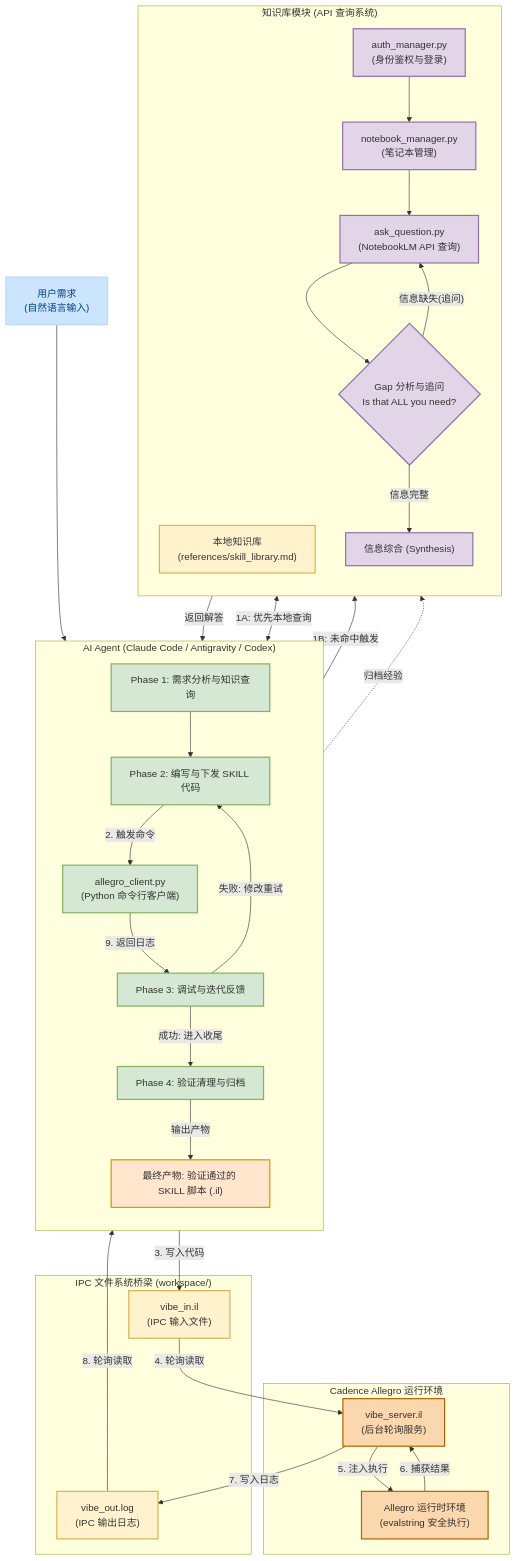
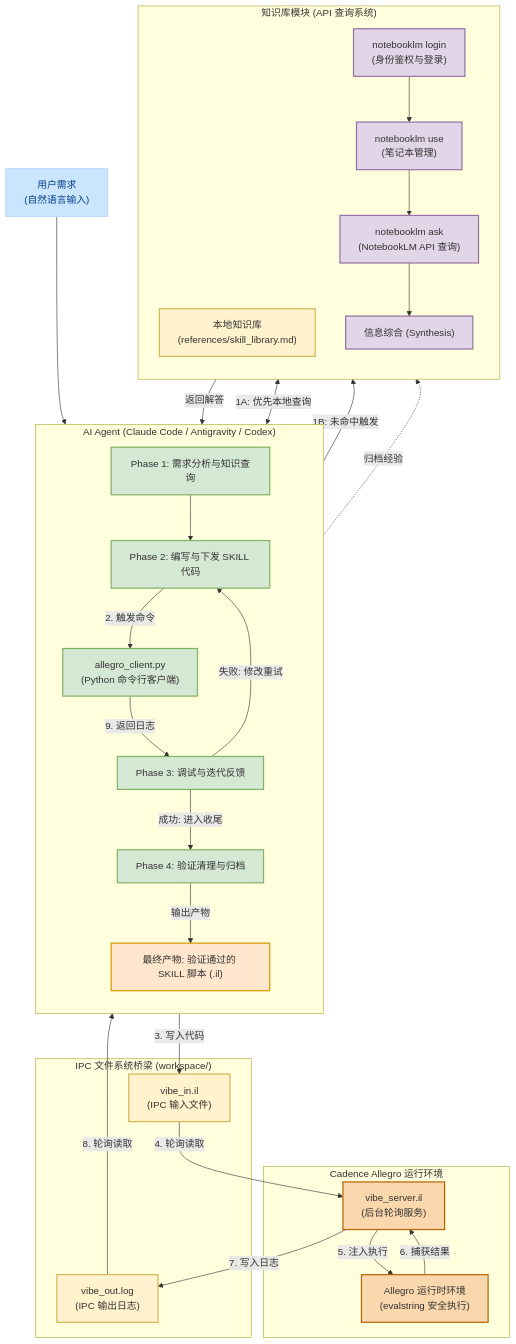
Before and after one commit to DayAlex1/allegro-vibe-bridge: the diagram in README_zh.md, drawn with Mermaid. The commit also changed other lines of this file and 5 other files, not shown here.

Commit message:
chore: migrate tech stack to notebooklm-py and update architecture diagrams

````diff
--- a/README_zh.md
+++ b/README_zh.md
@@ -40,66 +40,63 @@
 ```mermaid
 flowchart TD
     classDef req fill:#cce5ff,stroke:#b8daff,stroke-width:2px,color:#004085;
     classDef phase fill:#d5e8d4,stroke:#82b366,stroke-width:2px,color:#333333;
     classDef nlm fill:#e1d5e7,stroke:#9673a6,stroke-width:2px,color:#333333;
     classDef ipc fill:#fff2cc,stroke:#d6b656,stroke-width:2px,color:#333333;
     classDef allegro fill:#fad7ac,stroke:#b46504,stroke-width:2px,color:#333333;
     classDef output fill:#ffe6cc,stroke:#d79b00,stroke-width:2px,color:#333333;
 
     USER["用户需求<br>(自然语言输入)"]:::req
 
     subgraph AgentSystem["AI Agent (Claude Code / Antigravity / Codex)"]
         direction TD
         Phase1["Phase 1: 需求分析与知识查询"]:::phase
         Phase2["Phase 2: 编写与下发 SKILL 代码"]:::phase
         Client["allegro_client.py<br>(Python 命令行客户端)"]:::phase
         Phase3["Phase 3: 调试与迭代反馈"]:::phase
         Phase4["Phase 4: 验证清理与归档"]:::phase
         Output["最终产物: 验证通过的 SKILL 脚本 (.il)"]:::output
     end
 
     subgraph KnowledgeSystem["知识库模块 (API 查询系统)"]
         direction TD
         LocalDB["本地知识库<br>(references/skill_library.md)"]:::ipc
-        NLM_Auth["auth_manager.py<br>(身份鉴权与登录)"]:::nlm
-        NLM_NB["notebook_manager.py<br>(笔记本管理)"]:::nlm
-        NLM_Ask["ask_question.py<br>(NotebookLM API 查询)"]:::nlm
-        NLM_Gap{"Gap 分析与追问<br>Is that ALL you need?"}:::nlm
+        NLM_Auth["notebooklm login<br>(身份鉴权与登录)"]:::nlm
+        NLM_NB["notebooklm use<br>(笔记本管理)"]:::nlm
+        NLM_Ask["notebooklm ask<br>(NotebookLM API 查询)"]:::nlm
         NLM_Syn["信息综合 (Synthesis)"]:::nlm
     end
 
     subgraph IPCBridge["IPC 文件系统桥梁 (workspace/)"]
         VibeIn["vibe_in.il<br>(IPC 输入文件)"]:::ipc
         VibeOut["vibe_out.log<br>(IPC 输出日志)"]:::ipc
     end
 
     subgraph CadenceAllegro["Cadence Allegro 运行环境"]
         VibeServer["vibe_server.il<br>(后台轮询服务)"]:::allegro
         AllegroEval["Allegro 运行时环境<br>(evalstring 安全执行)"]:::allegro
     end
 
     %% Flow Connections
     USER --> Phase1
     Phase1 <-->|"1A: 优先本地查询"| LocalDB
     Phase1 -->|"1B: 未命中触发"| NLM_Auth
     
-    NLM_Auth --> NLM_NB --> NLM_Ask --> NLM_Gap
-    NLM_Gap -->|"信息缺失(追问)"| NLM_Ask
-    NLM_Gap -->|"信息完整"| NLM_Syn
+    NLM_Auth --> NLM_NB --> NLM_Ask --> NLM_Syn
     NLM_Syn -->|"返回解答"| Phase1
 
     Phase1 --> Phase2
     Phase2 -->|"2. 触发命令"| Client
     Client -->|"3. 写入代码"| VibeIn
     VibeIn -->|"4. 轮询读取"| VibeServer
     VibeServer -->|"5. 注入执行"| AllegroEval
     AllegroEval -->|"6. 捕获结果"| VibeServer
     VibeServer -->|"7. 写入日志"| VibeOut
     VibeOut -->|"8. 轮询读取"| Client
     Client -->|"9. 返回日志"| Phase3
 
     Phase3 -->|"失败: 修改重试"| Phase2
     Phase3 -->|"成功: 进入收尾"| Phase4
     Phase4 -->|"输出产物"| Output
     Phase4 -.->|"归档经验"| LocalDB
 ```
````
